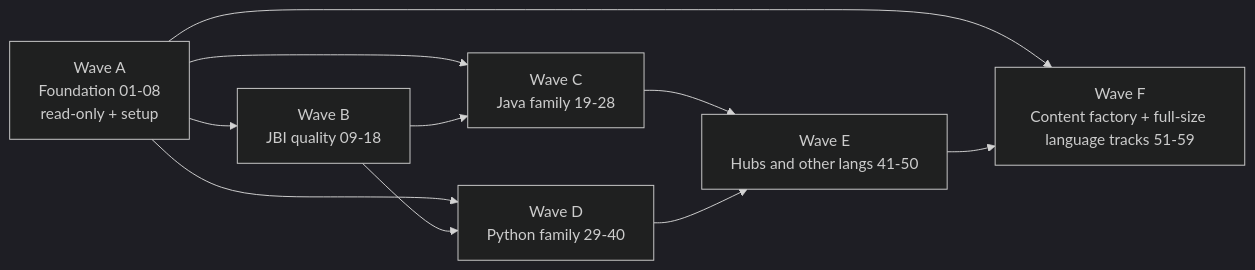
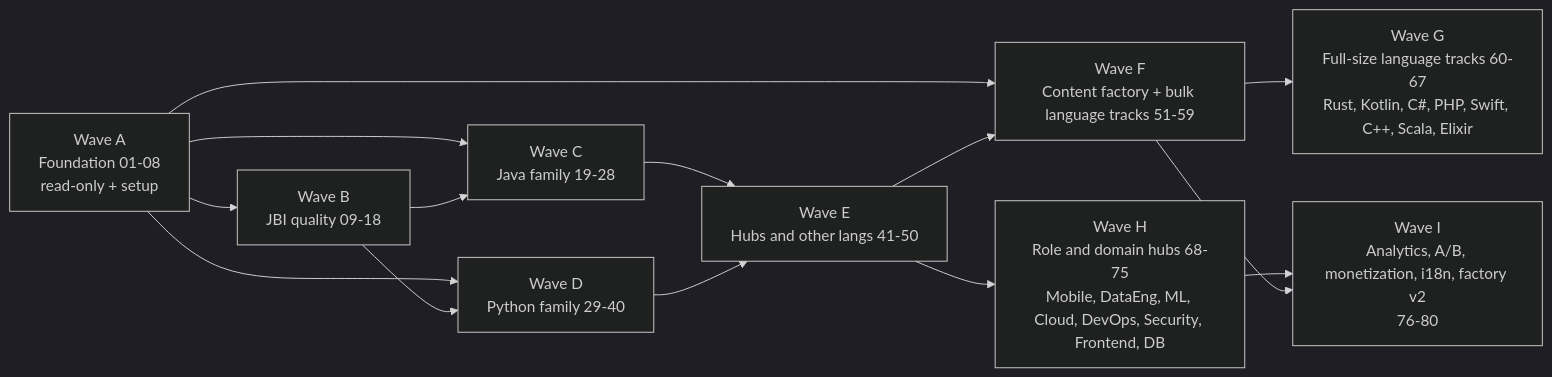
One commit to ravi48447/InterviewExplainer changed the diagram in expansion-plan/00-INDEX.md. Above: the diagram before and after it, drawn with Mermaid (dark theme). The commit also changed other lines of this file and 1 other file, not shown here.

````diff
--- a/expansion-plan/00-INDEX.md
+++ b/expansion-plan/00-INDEX.md
@@ -140,12 +143,16 @@
 ```mermaid
 flowchart LR
   A[Wave A<br/>Foundation 01-08<br/>read-only + setup] --> B[Wave B<br/>JBI quality 09-18]
   A --> C[Wave C<br/>Java family 19-28]
   A --> D[Wave D<br/>Python family 29-40]
   B --> C
   B --> D
   C --> E[Wave E<br/>Hubs and other langs 41-50]
   D --> E
-  A --> F[Wave F<br/>Content factory + full-size language tracks 51-59]
+  A --> F[Wave F<br/>Content factory + bulk language tracks 51-59]
   E --> F
+  F --> G[Wave G<br/>Full-size language tracks 60-67<br/>Rust, Kotlin, C#, PHP, Swift, C++, Scala, Elixir]
+  E --> H[Wave H<br/>Role and domain hubs 68-75<br/>Mobile, DataEng, ML, Cloud, DevOps, Security, Frontend, DB]
+  H --> I[Wave I<br/>Analytics, A/B, monetization, i18n, factory v2<br/>76-80]
+  F --> I
 ```
````
